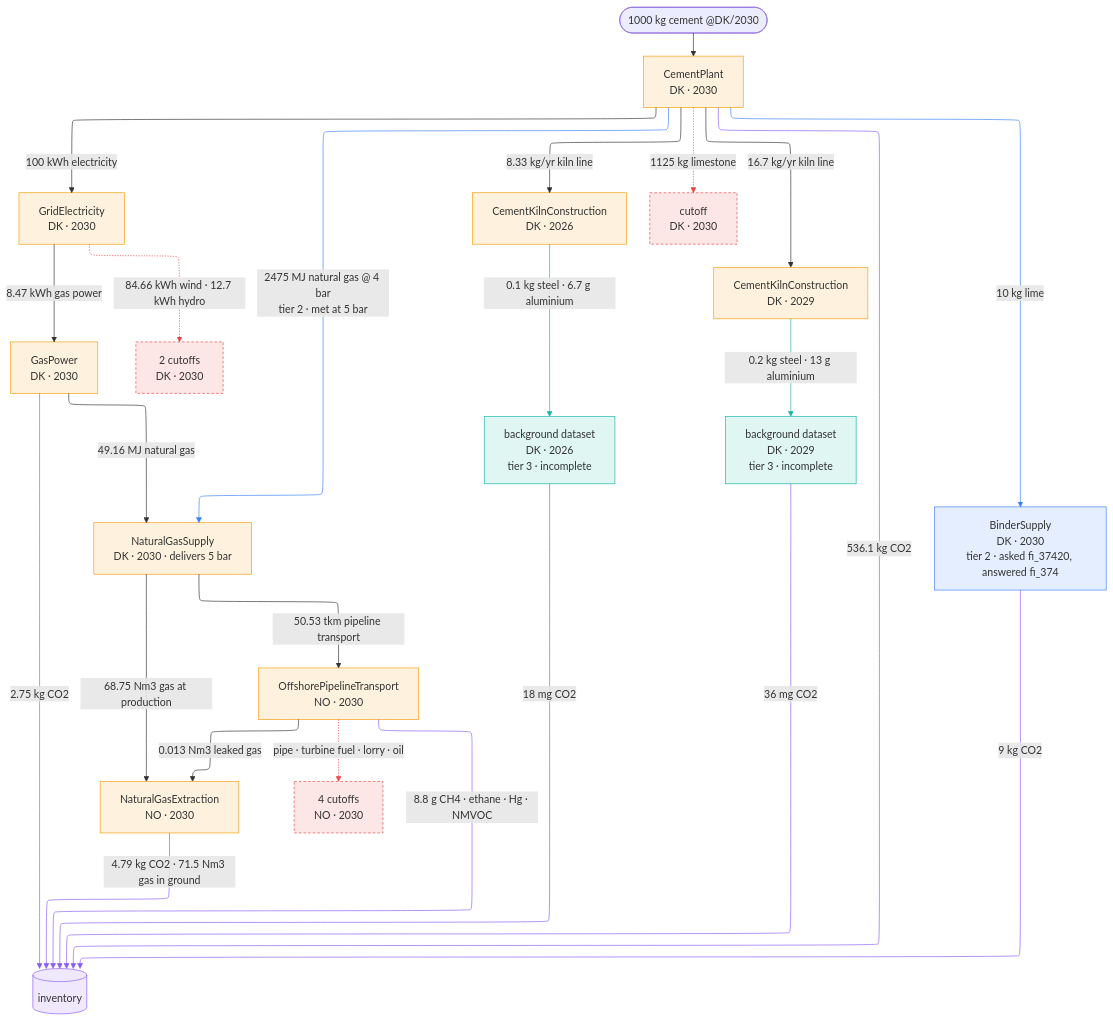
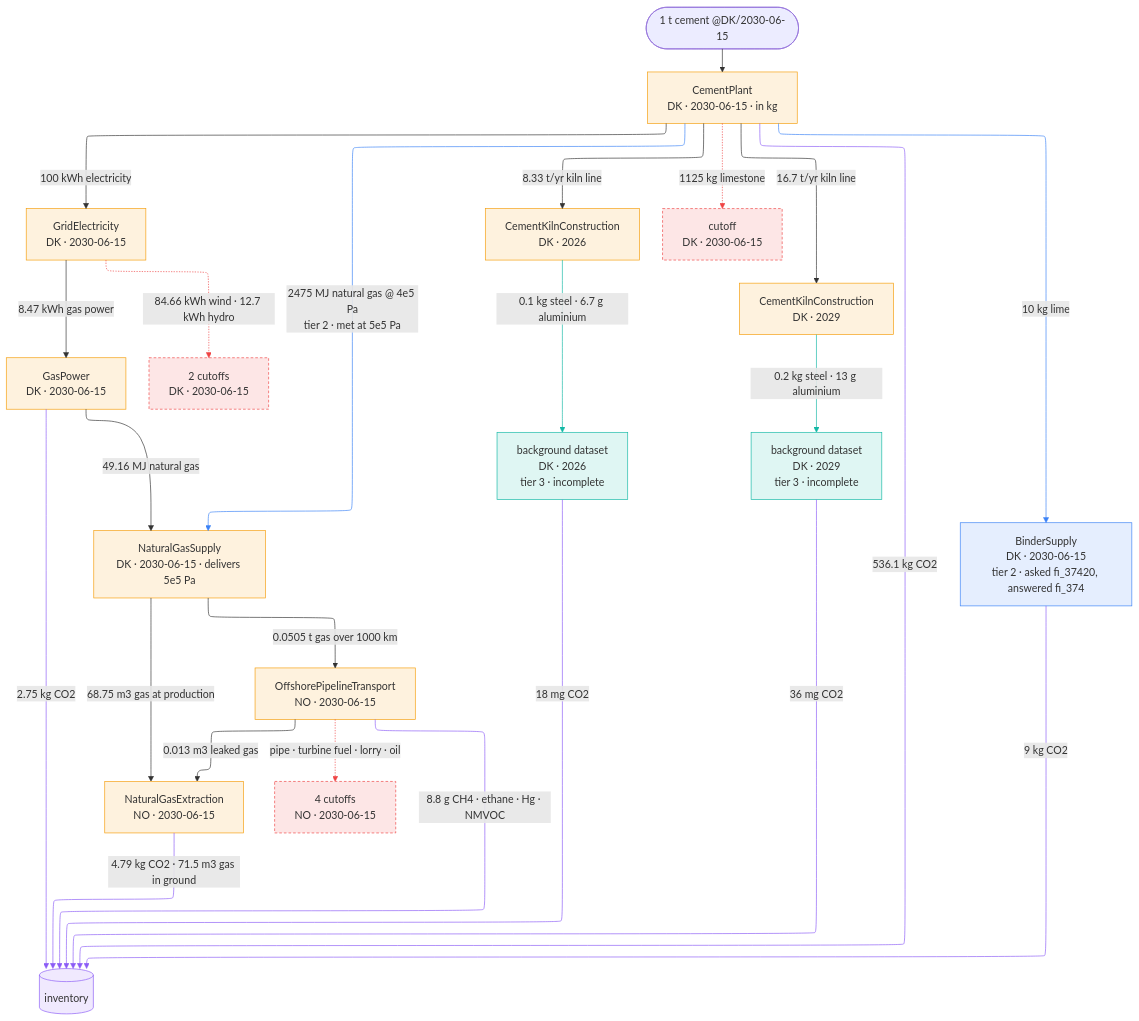
The second of 2 diagrams in docs/pitch-5min.md (TimoDiepers/trailrunner), drawn with Mermaid before and after one commit. The commit also changed other lines of this file and 10 other files, not shown here.

````diff
--- a/docs/pitch-5min.md
+++ b/docs/pitch-5min.md
@@ -180,48 +200,48 @@
 ```mermaid
 %%{init: {'layout': 'elk'}}%%
 flowchart TB
-    D(["1000 kg cement @DK/2030"]) --> CP["CementPlant<br/>DK · 2030"]
+    D(["1 t cement @DK/2030-06-15"]) --> CP["CementPlant<br/>DK · 2030-06-15 · in kg"]
 
-    CP -->|"2475 MJ natural gas @ 4 bar<br/>tier 2 · met at 5 bar"| NGS["NaturalGasSupply<br/>DK · 2030 · delivers 5 bar"]
-    CP -->|"100 kWh electricity"| GE["GridElectricity<br/>DK · 2030"]
-    CP -->|"10 kg lime"| BS["BinderSupply<br/>DK · 2030<br/>tier 2 · asked fi_37420, answered fi_374"]
-    CP -->|"8.33 kg/yr kiln line"| K26["CementKilnConstruction<br/>DK · 2026"]
-    CP -->|"16.7 kg/yr kiln line"| K29["CementKilnConstruction<br/>DK · 2029"]
-    CP -.->|"1125 kg limestone"| XG["cutoff<br/>DK · 2030"]
+    CP -->|"2475 MJ natural gas @ 4e5 Pa<br/>tier 2 · met at 5e5 Pa"| NGS["NaturalGasSupply<br/>DK · 2030-06-15 · delivers 5e5 Pa"]
+    CP -->|"100 kWh electricity"| GE["GridElectricity<br/>DK · 2030-06-15"]
+    CP -->|"10 kg lime"| BS["BinderSupply<br/>DK · 2030-06-15<br/>tier 2 · asked fi_37420, answered fi_374"]
+    CP -->|"8.33 t/yr kiln line"| K26["CementKilnConstruction<br/>DK · 2026"]
+    CP -->|"16.7 t/yr kiln line"| K29["CementKilnConstruction<br/>DK · 2029"]
+    CP -.->|"1125 kg limestone"| XG["cutoff<br/>DK · 2030-06-15"]
 
-    NGS -->|"68.75 Nm3 gas at production"| NGE["NaturalGasExtraction<br/>NO · 2030"]
-    NGS -->|"50.53 tkm pipeline transport"| PT["OffshorePipelineTransport<br/>NO · 2030"]
-    PT -->|"0.013 Nm3 leaked gas"| NGE
-    PT -.->|"pipe · turbine fuel · lorry · oil"| XP["4 cutoffs<br/>NO · 2030"]
+    NGS -->|"68.75 m3 gas at production"| NGE["NaturalGasExtraction<br/>NO · 2030-06-15"]
+    NGS -->|"0.0505 t gas over 1000 km"| PT["OffshorePipelineTransport<br/>NO · 2030-06-15"]
+    PT -->|"0.013 m3 leaked gas"| NGE
+    PT -.->|"pipe · turbine fuel · lorry · oil"| XP["4 cutoffs<br/>NO · 2030-06-15"]
 
-    GE -->|"8.47 kWh gas power"| GP["GasPower<br/>DK · 2030"]
-    GE -.->|"84.66 kWh wind · 12.7 kWh hydro"| XE["2 cutoffs<br/>DK · 2030"]
+    GE -->|"8.47 kWh gas power"| GP["GasPower<br/>DK · 2030-06-15"]
+    GE -.->|"84.66 kWh wind · 12.7 kWh hydro"| XE["2 cutoffs<br/>DK · 2030-06-15"]
     GP -->|"49.16 MJ natural gas"| NGS
 
     K26 -->|"0.1 kg steel · 6.7 g aluminium"| B26["background dataset<br/>DK · 2026<br/>tier 3 · incomplete"]
     K29 -->|"0.2 kg steel · 13 g aluminium"| B29["background dataset<br/>DK · 2029<br/>tier 3 · incomplete"]
 
     CP -->|"536.1 kg CO2"| INV[("inventory")]
     BS -->|"9 kg CO2"| INV
     GP -->|"2.75 kg CO2"| INV
-    NGE -->|"4.79 kg CO2 · 71.5 Nm3 gas in ground"| INV
+    NGE -->|"4.79 kg CO2 · 71.5 m3 gas in ground"| INV
     PT -->|"8.8 g CH4 · ethane · Hg · NMVOC"| INV
     B26 -->|"18 mg CO2"| INV
     B29 -->|"36 mg CO2"| INV
 
     classDef t1 fill:#f59e0b22,stroke:#f59e0b
     classDef t2 fill:#3b82f622,stroke:#3b82f6
     classDef t3 fill:#14b8a622,stroke:#14b8a6
     classDef gap fill:#ef444422,stroke:#ef4444,stroke-dasharray:4 3
     classDef record fill:#8b5cf622,stroke:#8b5cf6
     class CP,NGS,NGE,PT,GE,GP,K26,K29 t1
     class BS t2
     class B26,B29 t3
     class XG,XP,XE gap
     class INV record
 
     linkStyle 1,3 stroke:#3b82f6
     linkStyle 14,15 stroke:#14b8a6
     linkStyle 6,10,12 stroke:#ef4444
     linkStyle 16,17,18,19,20,21,22 stroke:#8b5cf6
 ```
````
